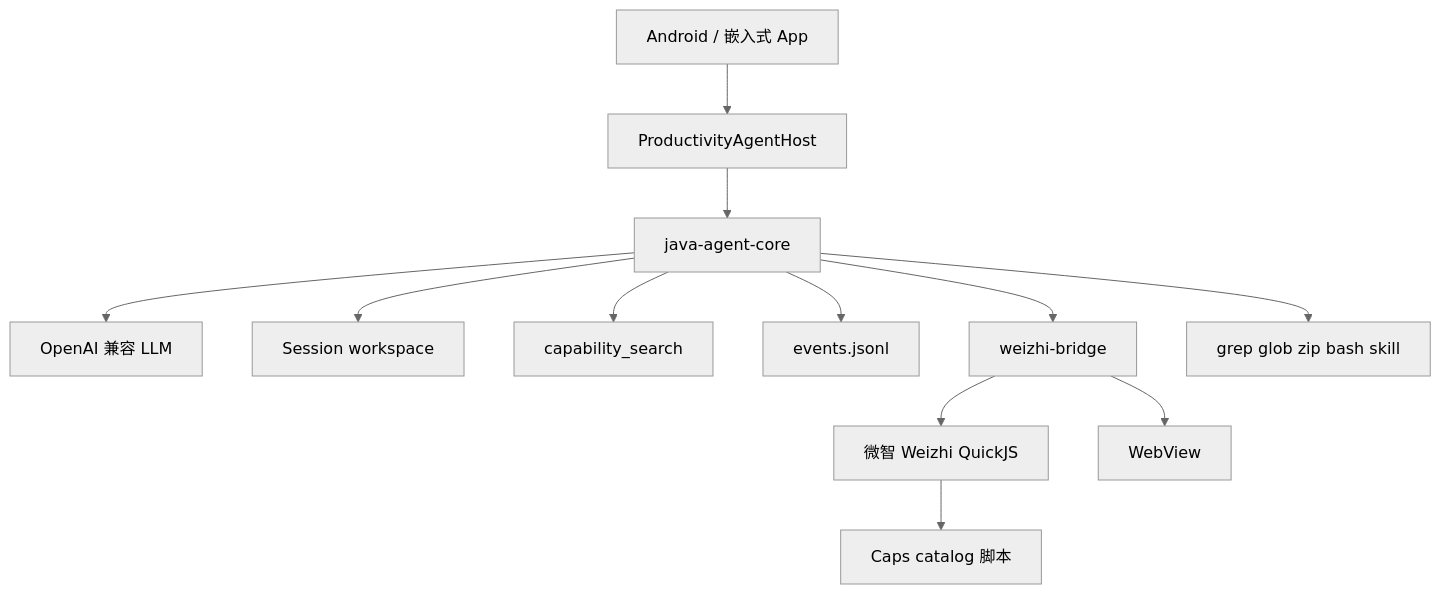
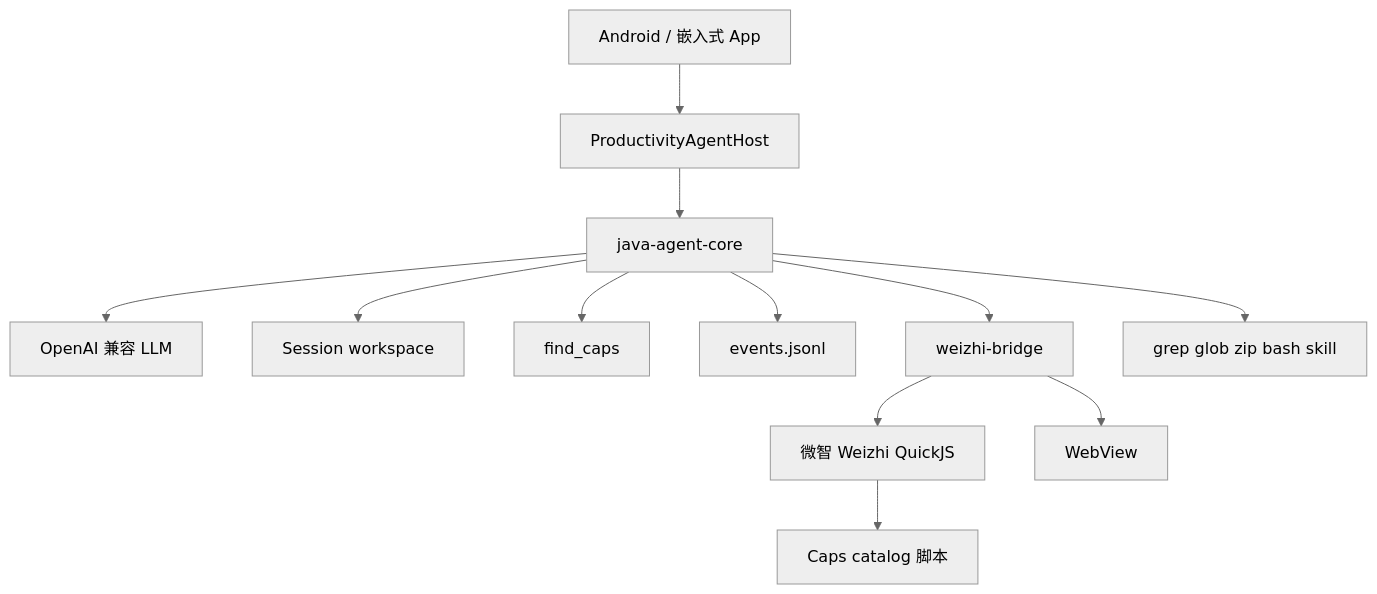
The diagram in README.md (fengshihao/agent1), drawn with Mermaid (neutral theme) before and after one commit. The commit also changed other lines of this file and 69 other files, not shown here.

First line of the commit message:
重命名生产力核心工具为 run_js 与 find_caps

````diff
--- a/README.md
+++ b/README.md
@@ -187,15 +187,15 @@
 ```mermaid
 flowchart TB
   Host[Android / 嵌入式 App]
   Host --> Gateway[ProductivityAgentHost]
   Gateway --> Core[java-agent-core]
   Core --> LLM[OpenAI 兼容 LLM]
   Core --> WS[Session workspace]
-  Core --> Search[capability_search]
+  Core --> Search[find_caps]
   Core --> Audit[events.jsonl]
   Core --> Bridge[weizhi-bridge]
   Bridge --> WZ[微智 Weizhi QuickJS]
   Core --> JavaTools[grep glob zip bash skill]
   WZ --> Cap[Caps catalog 脚本]
   Bridge --> WV[WebView]
 ```
````
